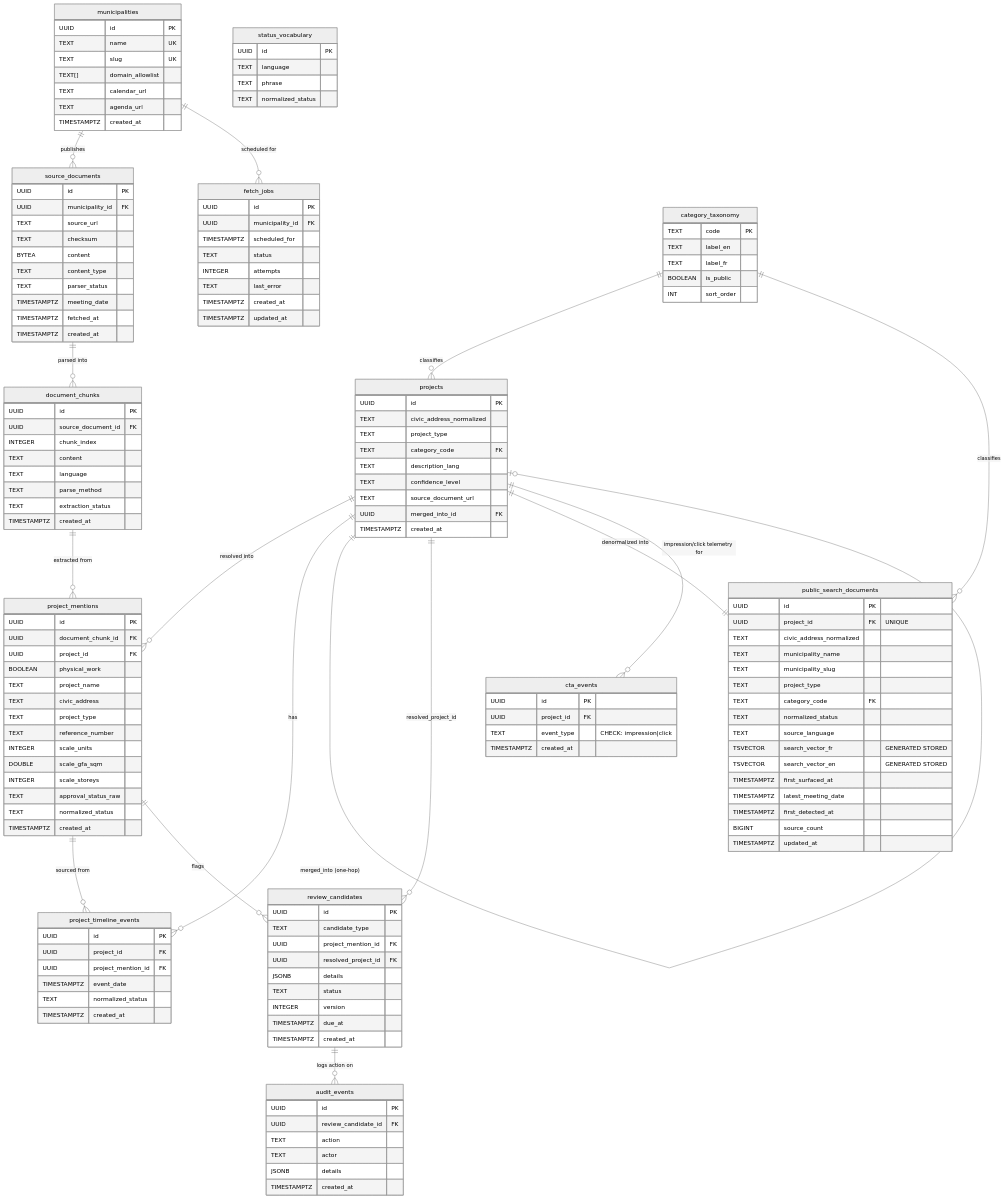
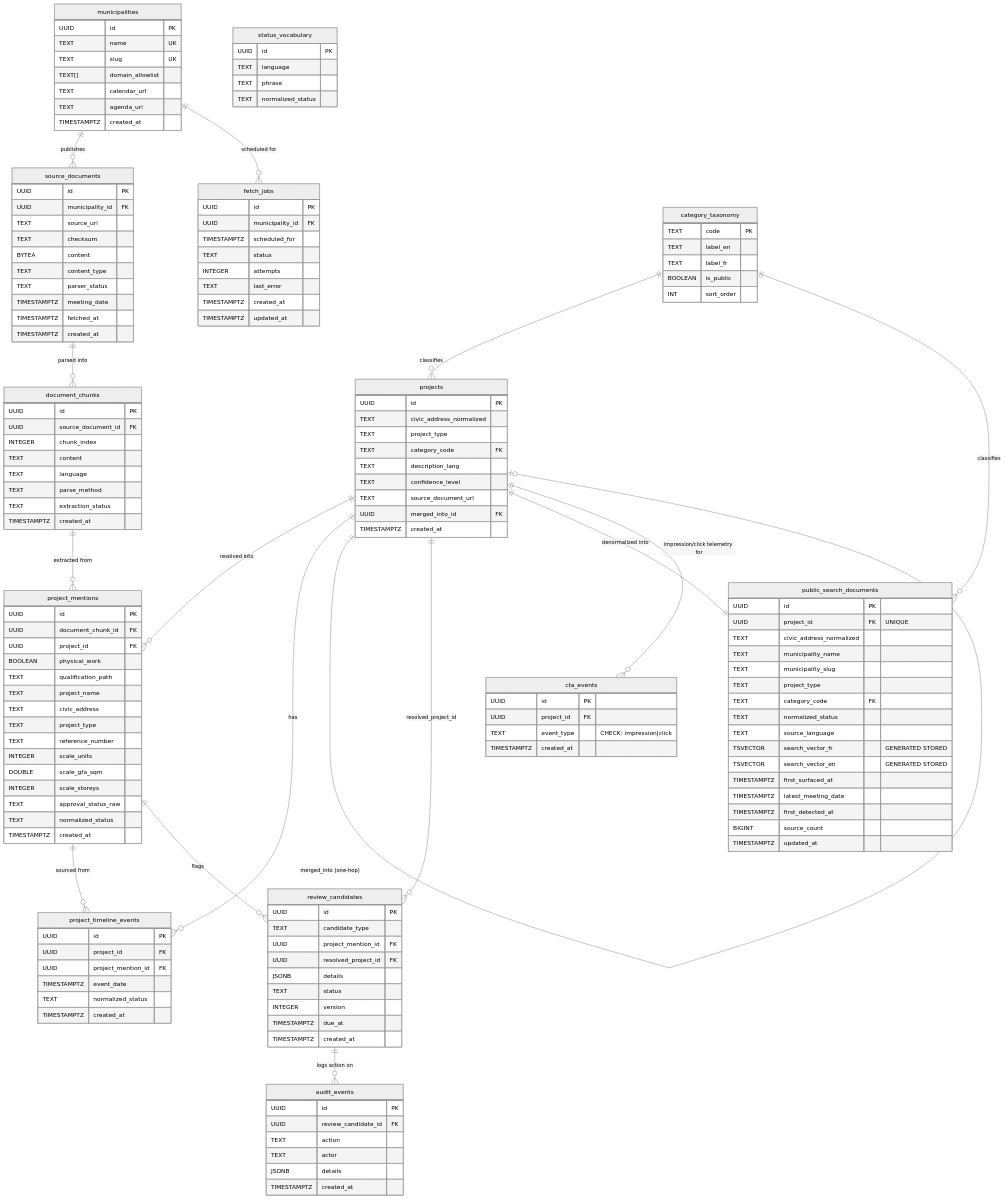
The diagram in docs/architecture/erd.md (landovskis/ShovelsUp), drawn with Mermaid (neutral theme) before and after one commit. The commit also changed 1 other file, not shown here.

Commit message:
docs: add ADR 013 and record qualification_path in the ERD
The branch adds a second qualification path and a new persisted
classification column; repo policy requires both an ADR for a decision of
that weight and an ERD that stays current with the schema.

```diff
--- a/docs/architecture/erd.md
+++ b/docs/architecture/erd.md
@@ -90,6 +90,7 @@
         UUID document_chunk_id FK
         UUID project_id FK
         BOOLEAN physical_work
+        TEXT qualification_path
         TEXT project_name
         TEXT civic_address
         TEXT project_type
```
